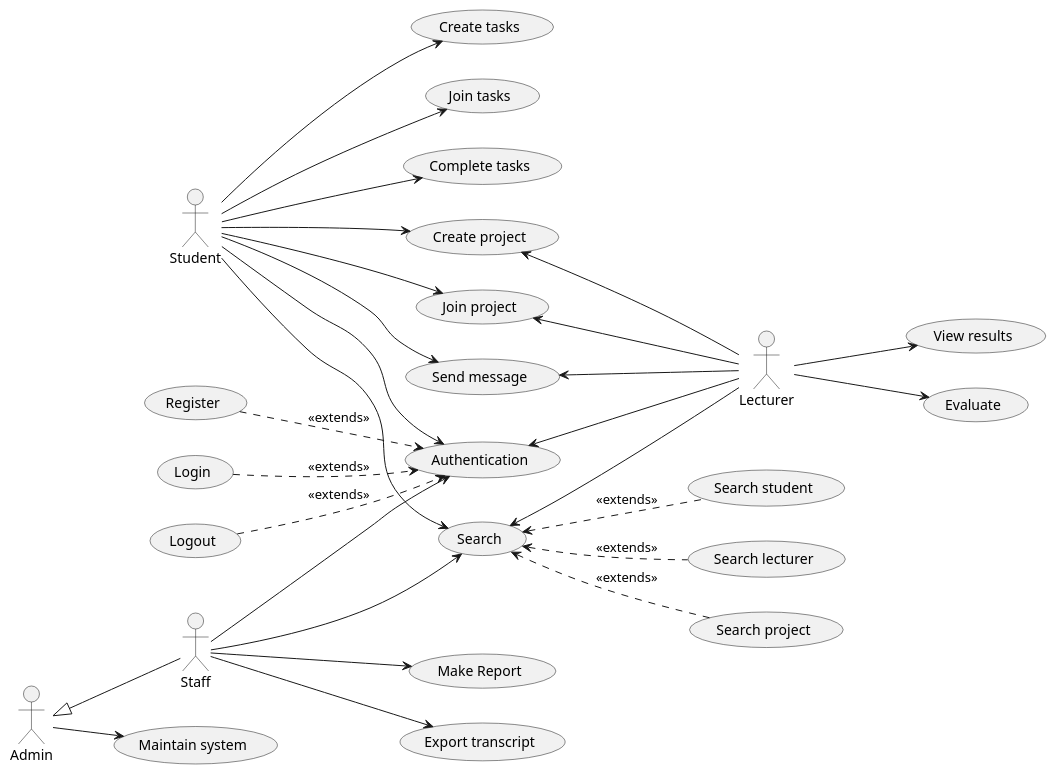
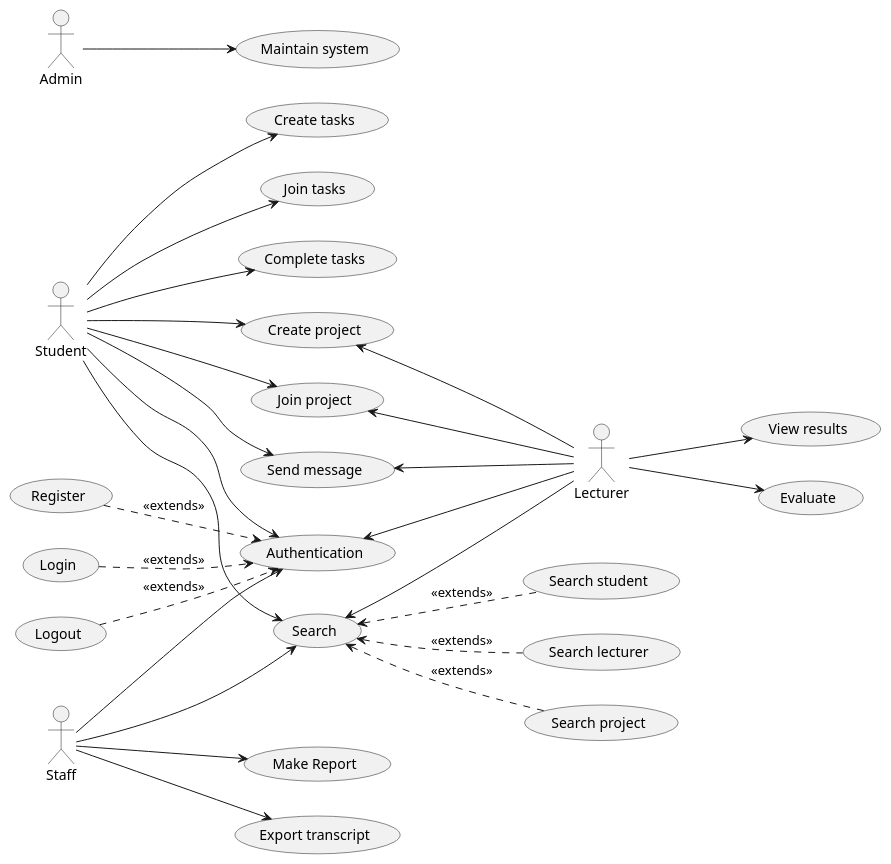
One commit to Huy-Ngo/acanban changed the diagram in docs/source/requirements/use-case-model.rst. Above: the diagram before and after it, drawn with PlantUML. The commit also changed other lines of this file, not shown here.

Commit message:
Add Staff-related UC description

```diff
--- a/docs/source/requirements/use-case-model.rst
+++ b/docs/source/requirements/use-case-model.rst
@@ -4,66 +4,64 @@
 .. uml::
 
    left to right direction
    actor Student
    actor Staff
    actor Admin
    actor Lecturer
 
    usecase "Create project" as CreateP
    usecase "Join project" as JoinP
    usecase "Create tasks" as CreateT
    usecase "Join tasks" as JoinT
    usecase "Complete tasks" as Complete
    usecase "View results" as View
    usecase Evaluate
    usecase "Send message" as Msg
 
    usecase Search
    usecase "Search student" as SearchS
    usecase "Search lecturer" as SearchL
    usecase "Search project" as SearchP
 
    usecase Authentication
    usecase Register
    usecase Login
    usecase Logout
 
    usecase "Make Report" as Report
    usecase "Export transcript" as Export
 
    usecase "Maintain system" as Maintain
 
    Staff --> Search
    Staff --> Export
    Staff --> Report
    Staff --> Authentication
 
    Student --> Search
    Student --> CreateP
    Student --> CreateT
    Student --> JoinP
    Student --> JoinT
    Student --> Complete
    Student --> Msg
    Student --> Authentication
 
    Search <-- Lecturer
    CreateP <-- Lecturer
    JoinP <-- Lecturer
    Msg <-- Lecturer
    Authentication <-- Lecturer
 
    Lecturer --> View
    Lecturer --> Evaluate
 
    Admin --> Maintain
 
-   Admin <|-- Staff
-
    Search <.. SearchS: <<extends>>
    Search <.. SearchL: <<extends>>
    Search <.. SearchP: <<extends>>
 
    Register ..> Authentication : <<extends>>
    Login ..> Authentication : <<extends>>
    Logout ..> Authentication : <<extends>>
```
